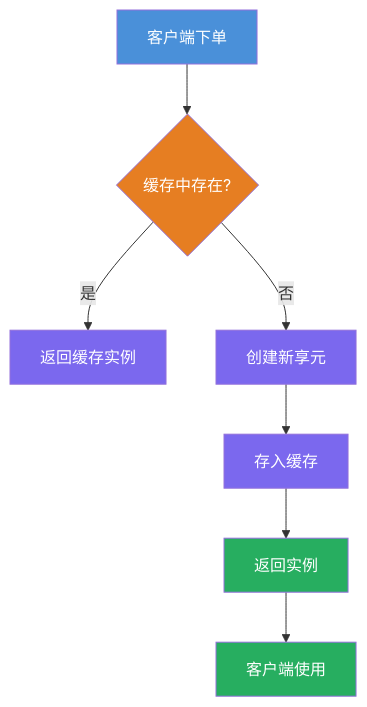
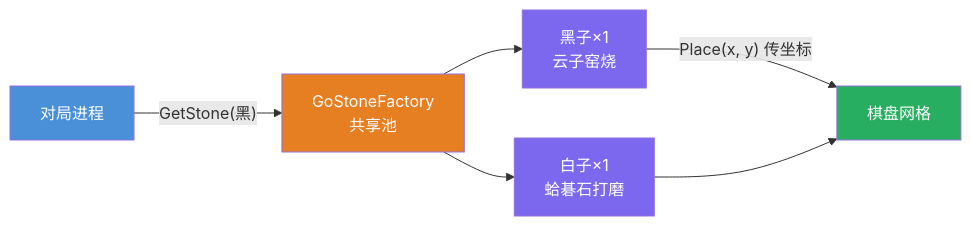
One commit to hollson/design_patterns changed the second of 3 diagrams in FlyweightPattern/README.md. Above: the diagram before and after it, drawn with Mermaid. The commit also changed other lines of this file and 13 other files, not shown here.

````diff
--- a/FlyweightPattern/README.md
+++ b/FlyweightPattern/README.md
@@ -27,17 +91,14 @@
 ```mermaid
-flowchart TD
-    A["客户端下单"] --> B{"缓存中存在?"}
-    B -- 是 --> C["返回缓存实例"]
-    B -- 否 --> D["创建新享元"]
-    D --> E["存入缓存"]
-    E --> F["返回实例"]
-    F --> G["客户端使用"]
+flowchart LR
+    P["对局进程"] -->|"GetStone(黑)"| F["GoStoneFactory<br/>共享池"]
+    F --> B["黑子×1<br/>云子窑烧"]
+    F --> W["白子×1<br/>蛤碁石打磨"]
+    B -->|"Place(x, y) 传坐标"| G["棋盘网格"]
+    W --> G
 
-    style A fill:#4A90D9,color:#fff
-    style B fill:#E67E22,color:#fff
-    style C fill:#7B68EE,color:#fff
-    style D fill:#7B68EE,color:#fff
-    style E fill:#7B68EE,color:#fff
-    style F fill:#27AE60,color:#fff
+    style P fill:#4A90D9,color:#fff
+    style F fill:#E67E22,color:#fff
+    style B fill:#7B68EE,color:#fff
+    style W fill:#7B68EE,color:#fff
     style G fill:#27AE60,color:#fff
 ```
````
